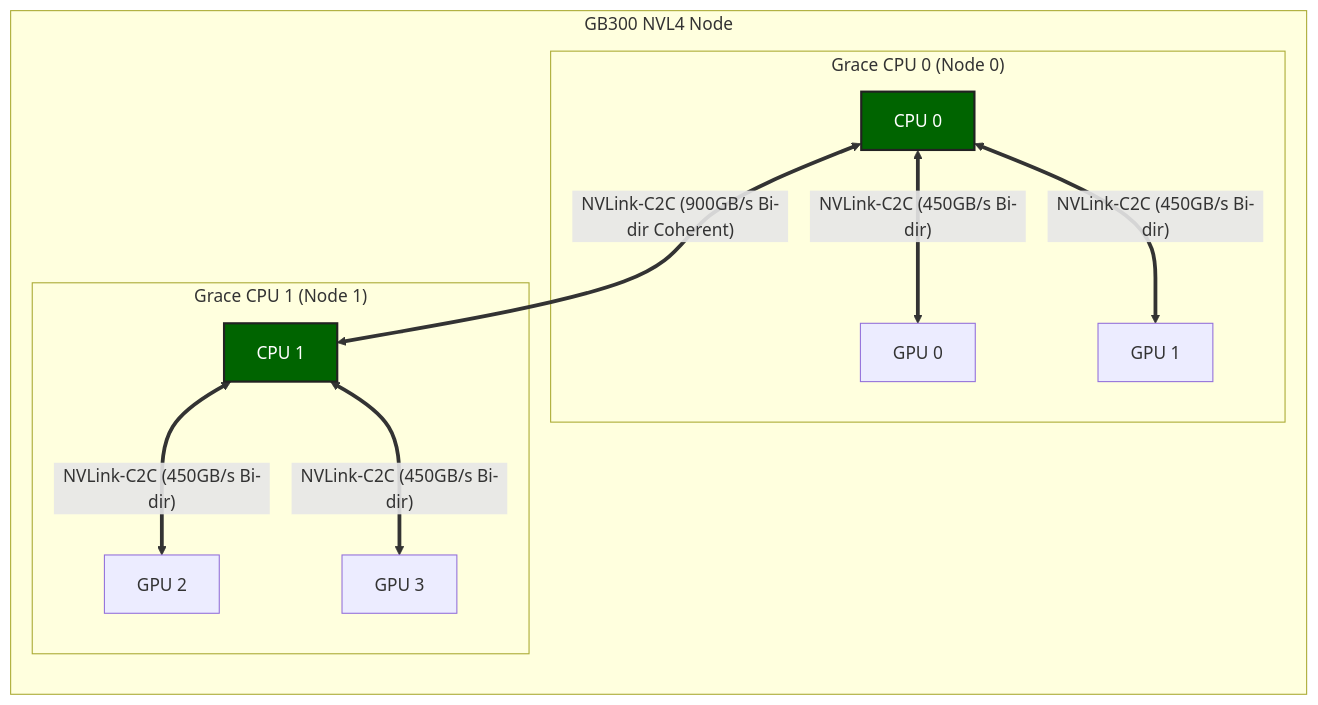
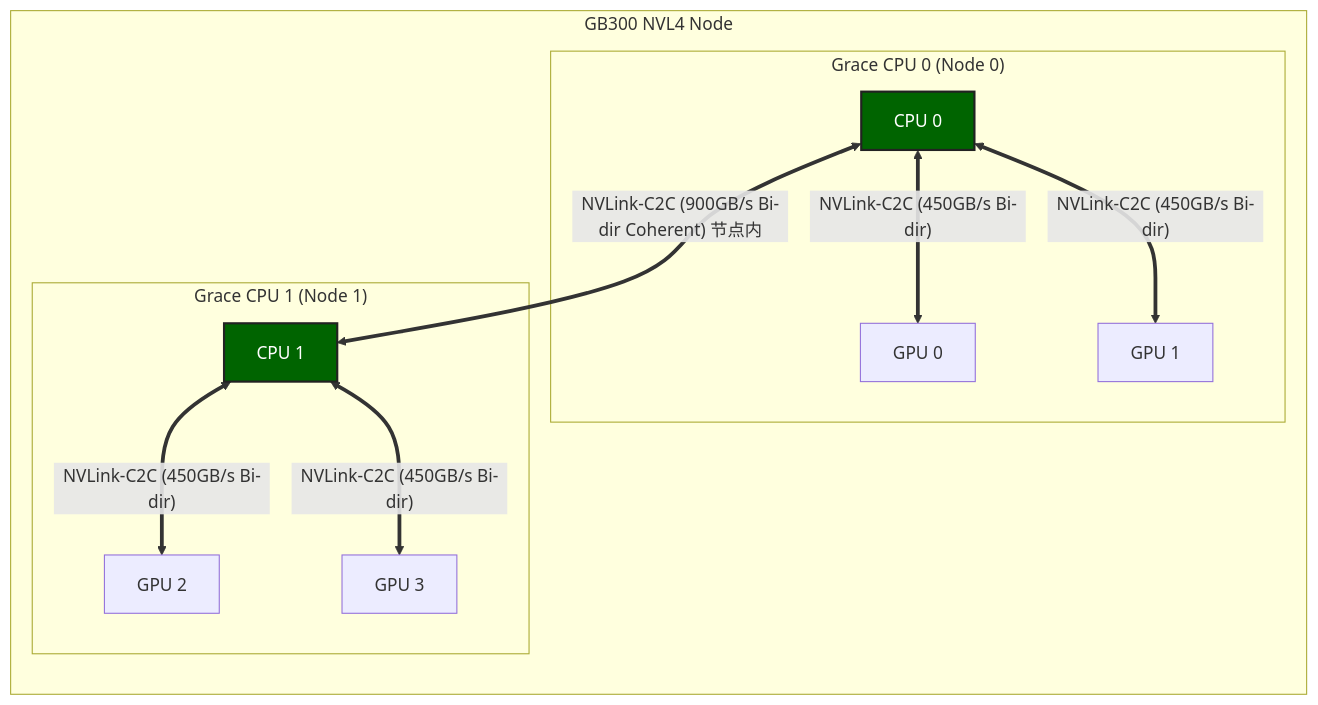
Before and after one commit to ForceInjection/AI-fundamentals: the diagram in 01_hardware_architecture/superchips/nvidia_gb300.md, drawn with Mermaid. The commit also changed other lines of this file, not shown here.

Commit message:
docs(gb300): clarify CPU-CPU interconnect scope in NVL4 node
- §2.2 CPU-CPU 互连标注为「节点内」，避免与 NVL72 机架级 Clinks 混淆
- 新增注释：NVL72 机架级跨节点 CPU 互连使用 Clinks (~150 GB/s)
- mermaid 图 CPU-CPU 连线标注「节点内」

````diff
--- a/01_hardware_architecture/superchips/nvidia_gb300.md
+++ b/01_hardware_architecture/superchips/nvidia_gb300.md
@@ -53,29 +55,29 @@
 ```mermaid
 graph LR
     subgraph "GB300 NVL4 Node"
         subgraph "Grace CPU 0 (Node 0)"
             CPU0[CPU 0]
             GPU0[GPU 0]
             GPU1[GPU 1]
         end
 
         subgraph "Grace CPU 1 (Node 1)"
             CPU1[CPU 1]
             GPU2[GPU 2]
             GPU3[GPU 3]
         end
     end
 
     %% CPU-GPU Links (NVLink-C2C)
     CPU0 <== "NVLink-C2C (450GB/s Bi-dir)" ==> GPU0
     CPU0 <== "NVLink-C2C (450GB/s Bi-dir)" ==> GPU1
     CPU1 <== "NVLink-C2C (450GB/s Bi-dir)" ==> GPU2
     CPU1 <== "NVLink-C2C (450GB/s Bi-dir)" ==> GPU3
 
-    %% CPU-CPU Link (NVLink-C2C)
-    CPU0 <== "NVLink-C2C (900GB/s Bi-dir Coherent)" ==> CPU1
+    %% CPU-CPU Link (NVLink-C2C, 节点内)
+    CPU0 <== "NVLink-C2C (900GB/s Bi-dir Coherent) 节点内" ==> CPU1
 
     %% Styling
     classDef green fill:#006400,stroke:#222,stroke-width:2px,color:#ffffff;
     class CPU0,CPU1 green;
 ```
````
